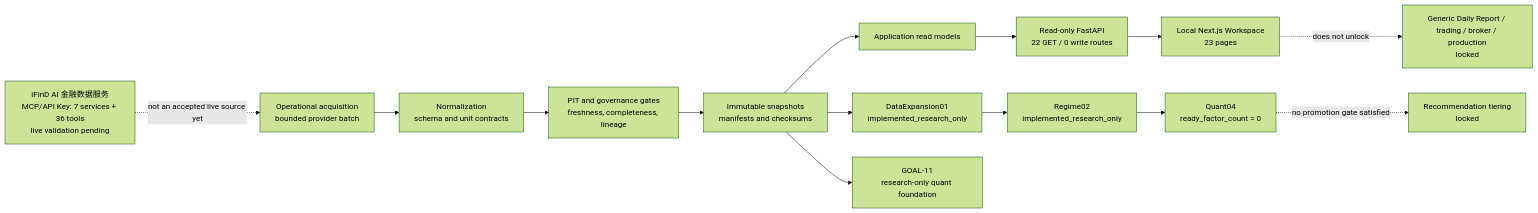
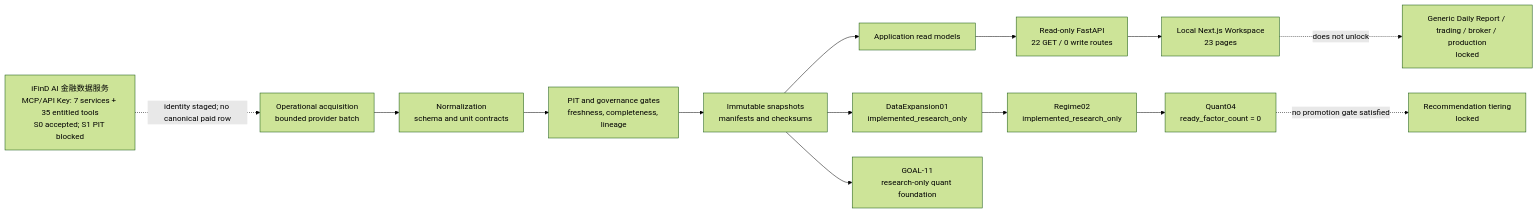
One commit to RyanLu0203/A_share_premarket_core changed the diagram in docs/architecture/CURRENT_SYSTEM_ARCHITECTURE.md. Above: the diagram before and after it, drawn with Mermaid (forest theme). The commit also changed other lines of this file and 9 other files, not shown here.

Commit message:
docs: record dual-stock iFinD PIT block

````diff
--- a/docs/architecture/CURRENT_SYSTEM_ARCHITECTURE.md
+++ b/docs/architecture/CURRENT_SYSTEM_ARCHITECTURE.md
@@ -29,23 +29,23 @@
 ```mermaid
 flowchart LR
     ACQ["Operational acquisition<br/>bounded provider batch"]
     NORM["Normalization<br/>schema and unit contracts"]
     PIT["PIT and governance gates<br/>freshness, completeness, lineage"]
     SNAP["Immutable snapshots<br/>manifests and checksums"]
     READ["Application read models"]
     API["Read-only FastAPI<br/>22 GET / 0 write routes"]
     UI["Local Next.js Workspace<br/>23 pages"]
 
     ACQ --> NORM --> PIT --> SNAP --> READ --> API --> UI
 
-    IFIND["iFinD AI 金融数据服务<br/>MCP/API Key: 7 services + 36 tools<br/>live validation pending"]
-    IFIND -. "not an accepted live source yet" .-> ACQ
+    IFIND["iFinD AI 金融数据服务<br/>MCP/API Key: 7 services + 35 entitled tools<br/>S0 accepted; S1 PIT blocked"]
+    IFIND -. "identity staged; no canonical paid row" .-> ACQ
 
     SNAP --> DE["DataExpansion01<br/>implemented_research_only"]
     DE --> R02["Regime02<br/>implemented_research_only"]
     R02 --> Q04["Quant04<br/>ready_factor_count = 0"]
     SNAP --> G11["GOAL-11<br/>research-only quant foundation"]
 
     Q04 -. "no promotion gate satisfied" .-> REC["Recommendation tiering<br/>locked"]
     UI -. "does not unlock" .-> LOCKS["Generic Daily Report / trading / broker / production<br/>locked"]
 ```
````
